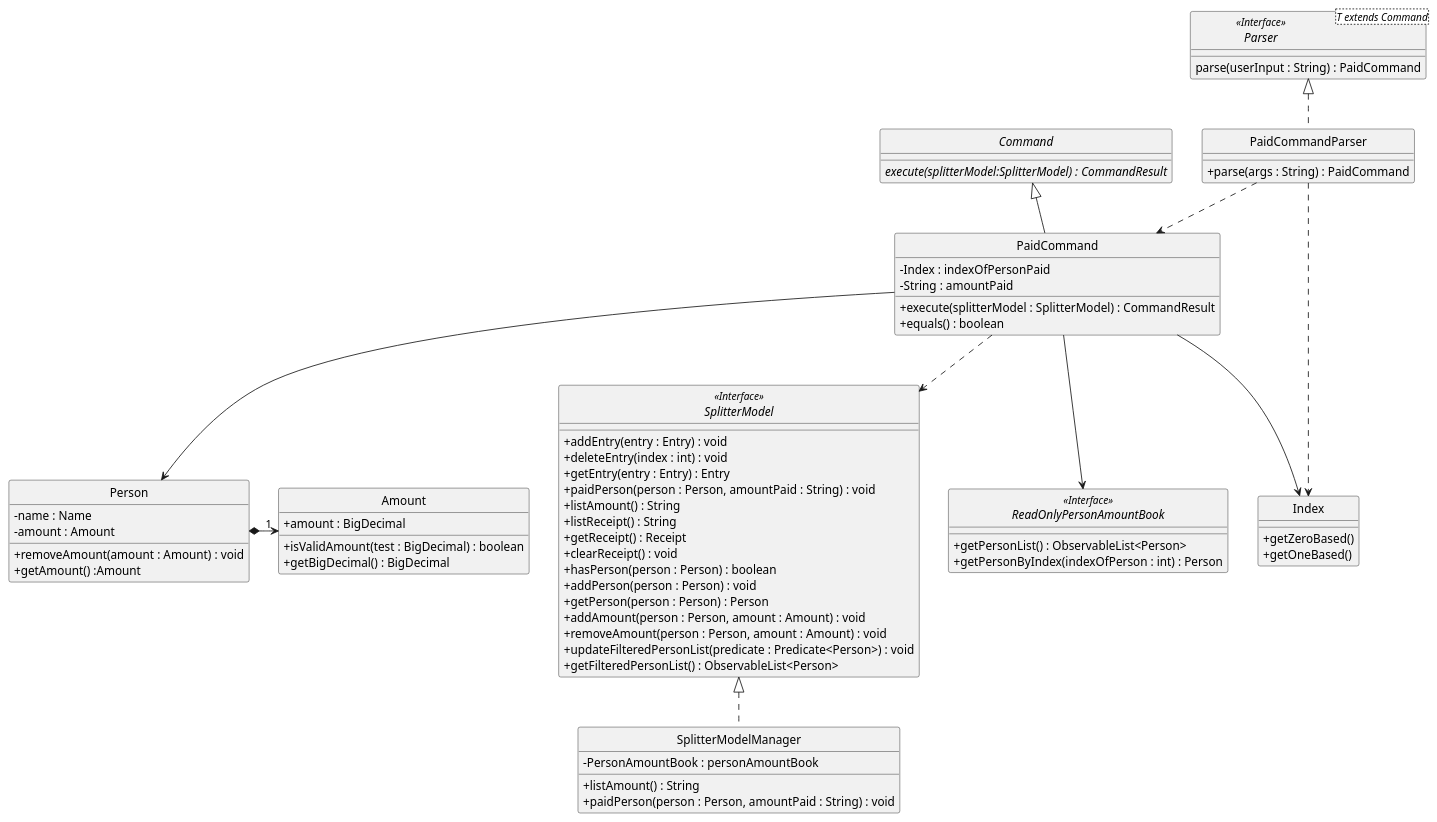
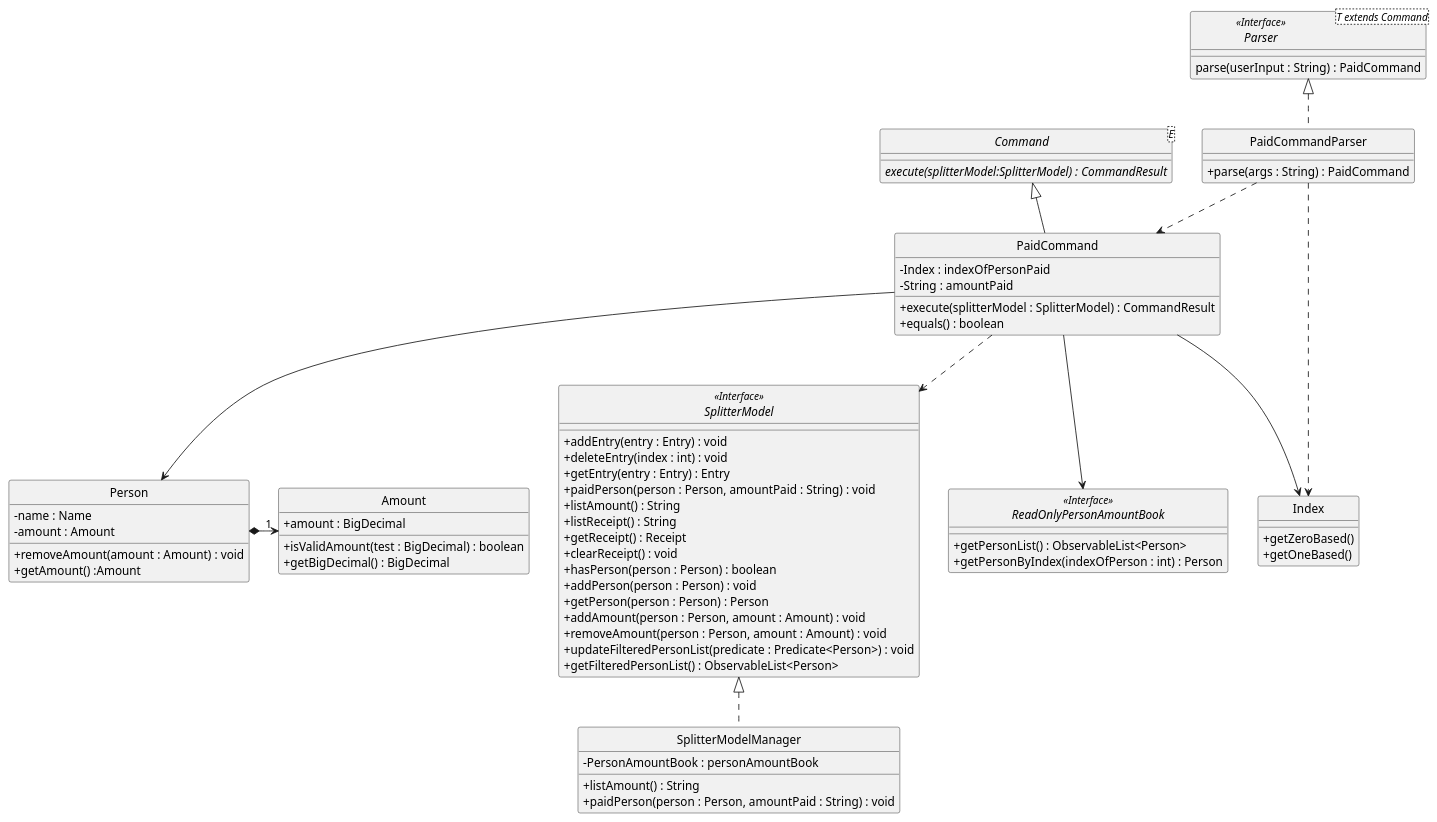
The diagram in docs/diagrams/ExpenseSplitterPaidCommandClassDiagram.puml (nus-cs2103-AY1920S2/addressbook-level3), drawn with PlantUML before and after one commit. The commit also changed 5 other files, not shown here.

```diff
--- a/docs/diagrams/ExpenseSplitterPaidCommandClassDiagram.puml
+++ b/docs/diagrams/ExpenseSplitterPaidCommandClassDiagram.puml
@@ -1,106 +1,106 @@
 @startuml
 /' @author @WillySeahh'/
 /' Got inspiration and adapted
 from https://github.com/AY1920S2-CS2103T-W12-1/main/blob/master/docs/images/DeliveredClassDiagram.png '/
 
 skinparam backgroundColor #ffffff
 skinparam classAttributeIconSize 0
 hide circle
 
 class PaidCommandParser implements Parser {
     /' Methods '/
     + parse(args : String) : PaidCommand
 }
 
 interface Parser<T extends Command> <<Interface>> {
     parse(userInput : String) : PaidCommand
 }
 
-abstract class Command {
+abstract class Command <E> {
     {abstract} execute(splitterModel:SplitterModel) : CommandResult
 }
 
 class PaidCommand extends Command {
     /' Fields '/
     - Index : indexOfPersonPaid
     - String : amountPaid
 
     /' Methods '/
     + execute(splitterModel : SplitterModel) : CommandResult
     + equals() : boolean
 }
 
 interface SplitterModel <<Interface>> {
     + addEntry(entry : Entry) : void
     + deleteEntry(index : int) : void
     + getEntry(entry : Entry) : Entry
     + paidPerson(person : Person, amountPaid : String) : void
     + listAmount() : String
     + listReceipt() : String
     + getReceipt() : Receipt
     + clearReceipt() : void
     + hasPerson(person : Person) : boolean
     + addPerson(person : Person) : void
     + getPerson(person : Person) : Person
     + addAmount(person : Person, amount : Amount) : void
     + removeAmount(person : Person, amount : Amount) : void
     + updateFilteredPersonList(predicate : Predicate<Person>) : void
     + getFilteredPersonList() : ObservableList<Person>
 
 }
 
 class Index {
     + getZeroBased()
     + getOneBased()
 }
 
 
 
 class SplitterModelManager implements SplitterModel {
     /' Fields '/
     - PersonAmountBook : personAmountBook
 
     /' Methods '/
     + listAmount() : String
     + paidPerson(person : Person, amountPaid : String) : void
 }
 
 interface ReadOnlyPersonAmountBook <<Interface>> {
 
         + getPersonList() : ObservableList<Person>
         + getPersonByIndex(indexOfPerson : int) : Person
 
 }
 
 class Person {
      /' Fields '/
      - name : Name
      - amount : Amount
 
      /' Methods '/
      + removeAmount(amount : Amount) : void
      + getAmount() :Amount
 }
 
 class Amount{
     /' Fields '/
     + amount : BigDecimal
 
     /' Methods '/
     + isValidAmount(test : BigDecimal) : boolean
     + getBigDecimal() : BigDecimal
 }
 
 
 
 
 PaidCommandParser ..> PaidCommand
 PaidCommand ..> SplitterModel
 PaidCommandParser ..> Index
 PaidCommand --> Index
 PaidCommand --> ReadOnlyPersonAmountBook
 PaidCommand --> Person
 Person *-right->"1" Amount
 
 
 @enduml
```
